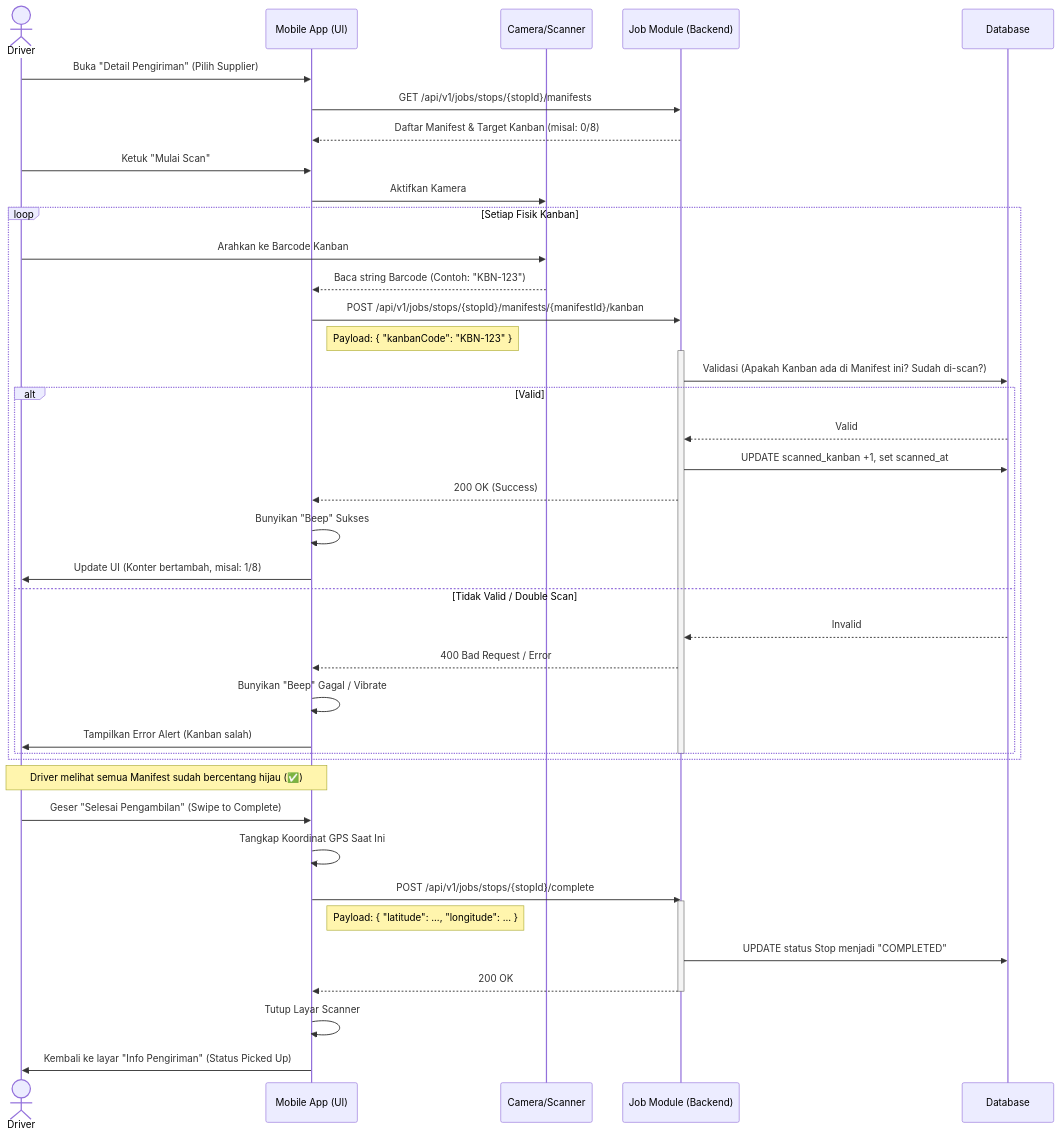
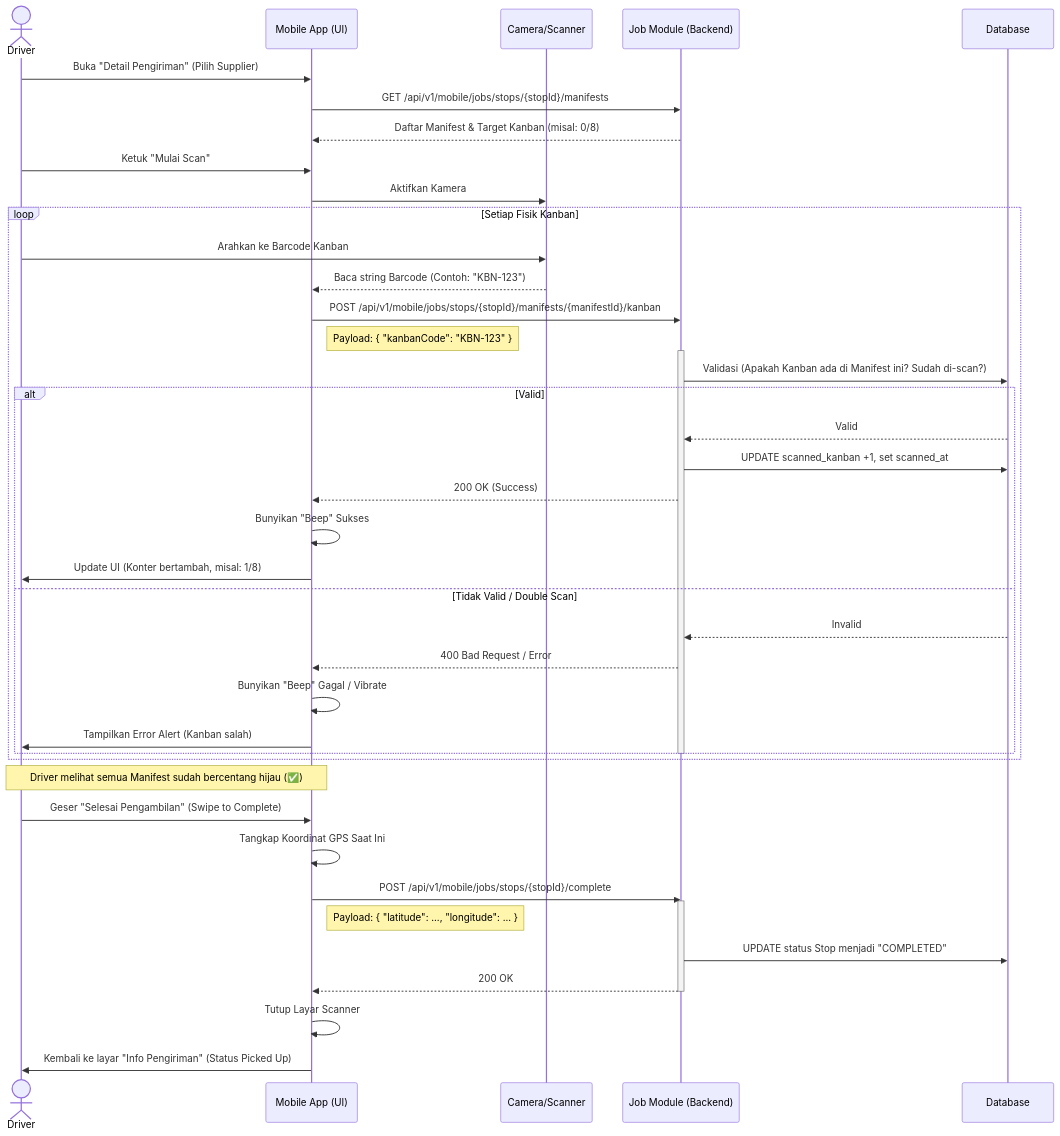
One commit to odealidj/minione-edcl-net changed the diagram in docs/bisnis-proses/detail-pengiriman-scan.md. Above: the diagram before and after it, drawn with Mermaid. The commit also changed 15 other files, not shown here.

````diff
--- a/docs/bisnis-proses/detail-pengiriman-scan.md
+++ b/docs/bisnis-proses/detail-pengiriman-scan.md
@@ -47,53 +47,53 @@
 ```mermaid
 sequenceDiagram
     actor D as Driver
     participant M as Mobile App (UI)
     participant HW as Camera/Scanner
     participant API as Job Module (Backend)
     participant DB as Database
     
     D->>M: Buka "Detail Pengiriman" (Pilih Supplier)
-    M->>API: GET /api/v1/jobs/stops/{stopId}/manifests
+    M->>API: GET /api/v1/mobile/jobs/stops/{stopId}/manifests
     API-->>M: Daftar Manifest & Target Kanban (misal: 0/8)
     
     D->>M: Ketuk "Mulai Scan"
     M->>HW: Aktifkan Kamera
     
     loop Setiap Fisik Kanban
         D->>HW: Arahkan ke Barcode Kanban
         HW-->>M: Baca string Barcode (Contoh: "KBN-123")
         
-        M->>API: POST /api/v1/jobs/stops/{stopId}/manifests/{manifestId}/kanban
+        M->>API: POST /api/v1/mobile/jobs/stops/{stopId}/manifests/{manifestId}/kanban
         note right of M: Payload: { "kanbanCode": "KBN-123" }
         
         activate API
         API->>DB: Validasi (Apakah Kanban ada di Manifest ini? Sudah di-scan?)
         alt Valid
             DB-->>API: Valid
             API->>DB: UPDATE scanned_kanban +1, set scanned_at
             API-->>M: 200 OK (Success)
             M->>M: Bunyikan "Beep" Sukses
             M->>D: Update UI (Konter bertambah, misal: 1/8)
         else Tidak Valid / Double Scan
             DB-->>API: Invalid
             API-->>M: 400 Bad Request / Error
             M->>M: Bunyikan "Beep" Gagal / Vibrate
             M->>D: Tampilkan Error Alert (Kanban salah)
         end
         deactivate API
     end
     
     note over D, M: Driver melihat semua Manifest sudah bercentang hijau (✅)
     
     D->>M: Geser "Selesai Pengambilan" (Swipe to Complete)
     M->>M: Tangkap Koordinat GPS Saat Ini
-    M->>API: POST /api/v1/jobs/stops/{stopId}/complete
+    M->>API: POST /api/v1/mobile/jobs/stops/{stopId}/complete
     activate API
     note right of M: Payload: { "latitude": ..., "longitude": ... }
     API->>DB: UPDATE status Stop menjadi "COMPLETED"
     API-->>M: 200 OK
     deactivate API
     
     M->>M: Tutup Layar Scanner
     M->>D: Kembali ke layar "Info Pengiriman" (Status Picked Up)
 ```
````
